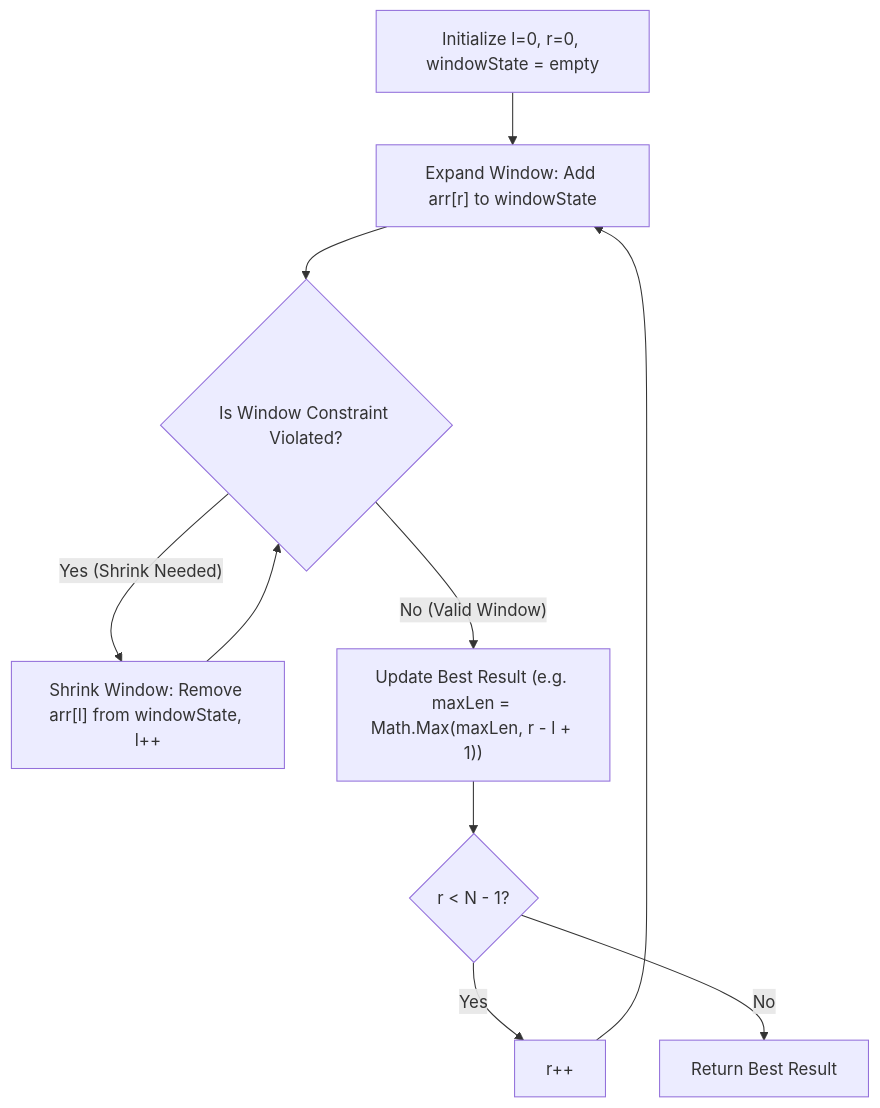
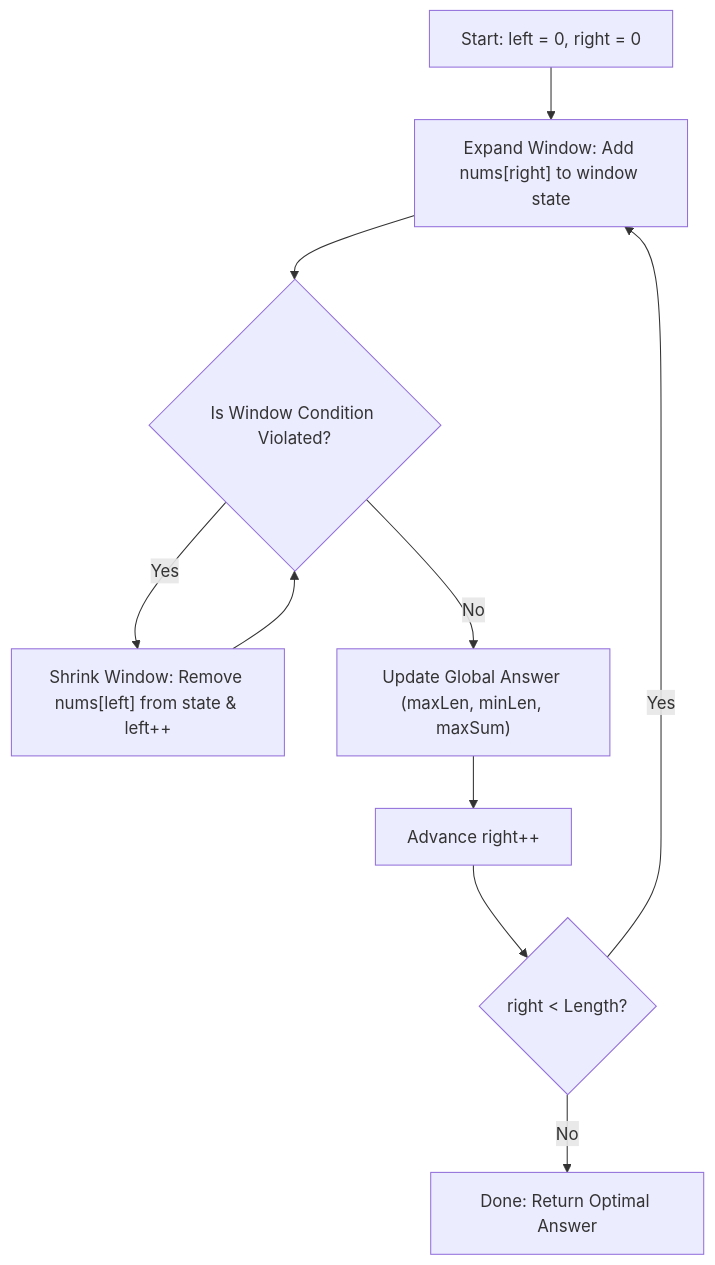
Before and after one commit to i-m-akshat/Senior-DotNet-Developer-Roadmap: the second of 8 diagrams in md/Volume-1-DSA-Logical-Thinking.md, drawn with Mermaid. The commit also changed other lines of this file and 5 other files, not shown here.

Commit message:
feat: restore comprehensive approach thinking framework & convert C# compilation pipeline to Mermaid vector diagram

````diff
--- a/md/Volume-1-DSA-Logical-Thinking.md
+++ b/md/Volume-1-DSA-Logical-Thinking.md
@@ -1380,14 +1521,14 @@
 ```mermaid
 flowchart TD
-    Start["Initialize l=0, r=0, windowState = empty"] --> ExpandRight["Expand Window: Add arr[r] to windowState"]
-    ExpandRight --> ValidateCondition{"Is Window Constraint Violated?"}
+    Start["Start: left = 0, right = 0"] --> Expand["Expand Window: Add nums[right] to window state"]
+    Expand --> CheckCondition{"Is Window Condition Violated?"}
     
-    ValidateCondition -- "Yes (Shrink Needed)" --> ShrinkLeft["Shrink Window: Remove arr[l] from windowState, l++"]
-    ShrinkLeft --> ValidateCondition
+    CheckCondition -- Yes --> Shrink["Shrink Window: Remove nums[left] from state & left++"]
+    Shrink --> CheckCondition
     
-    ValidateCondition -- "No (Valid Window)" --> UpdateOptimal["Update Best Result (e.g. maxLen = Math.Max(maxLen, r - l + 1))"]
-    UpdateOptimal --> CheckEnd{"r < N - 1?"}
-    CheckEnd -- Yes --> IncRight["r++"]
-    IncRight --> ExpandRight
-    CheckEnd -- No --> Done["Return Best Result"]
+    CheckCondition -- No --> UpdateAns["Update Global Answer (maxLen, minLen, maxSum)"]
+    UpdateAns --> Advance["Advance right++"]
+    Advance --> EndCheck{"right < Length?"}
+    EndCheck -- Yes --> Expand
+    EndCheck -- No --> Done["Done: Return Optimal Answer"]
 ```
````
